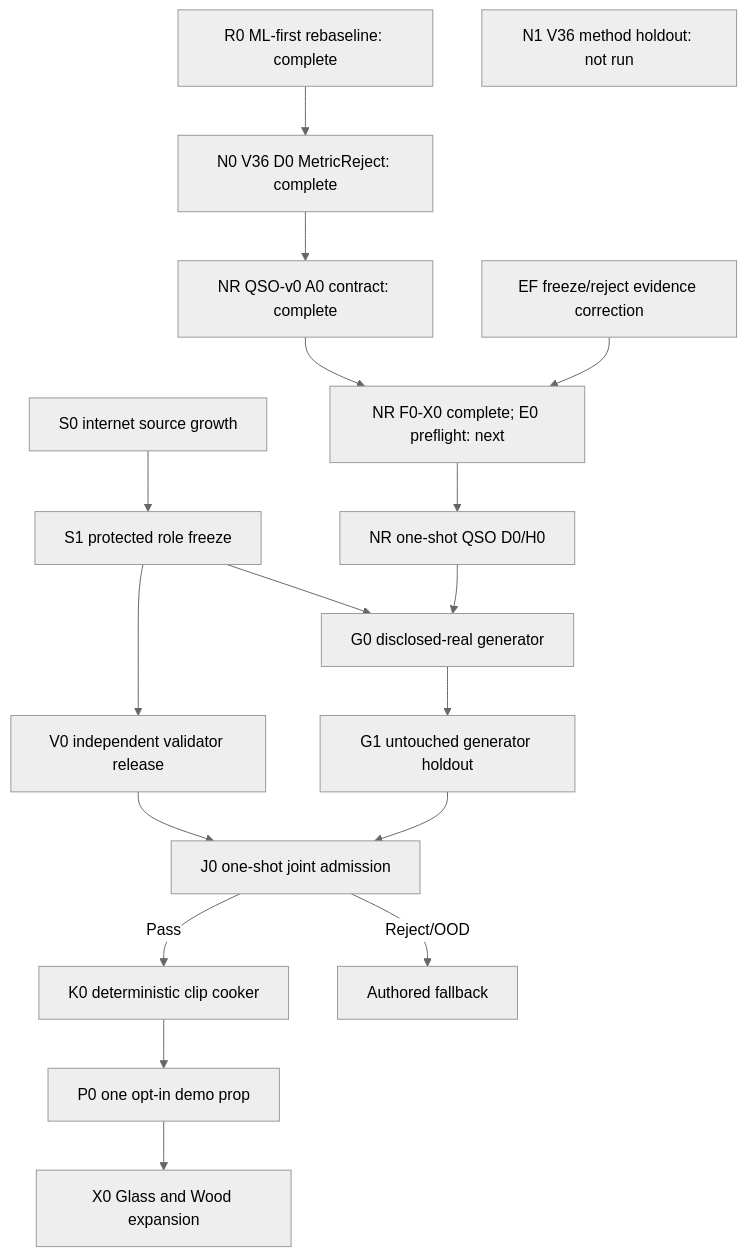
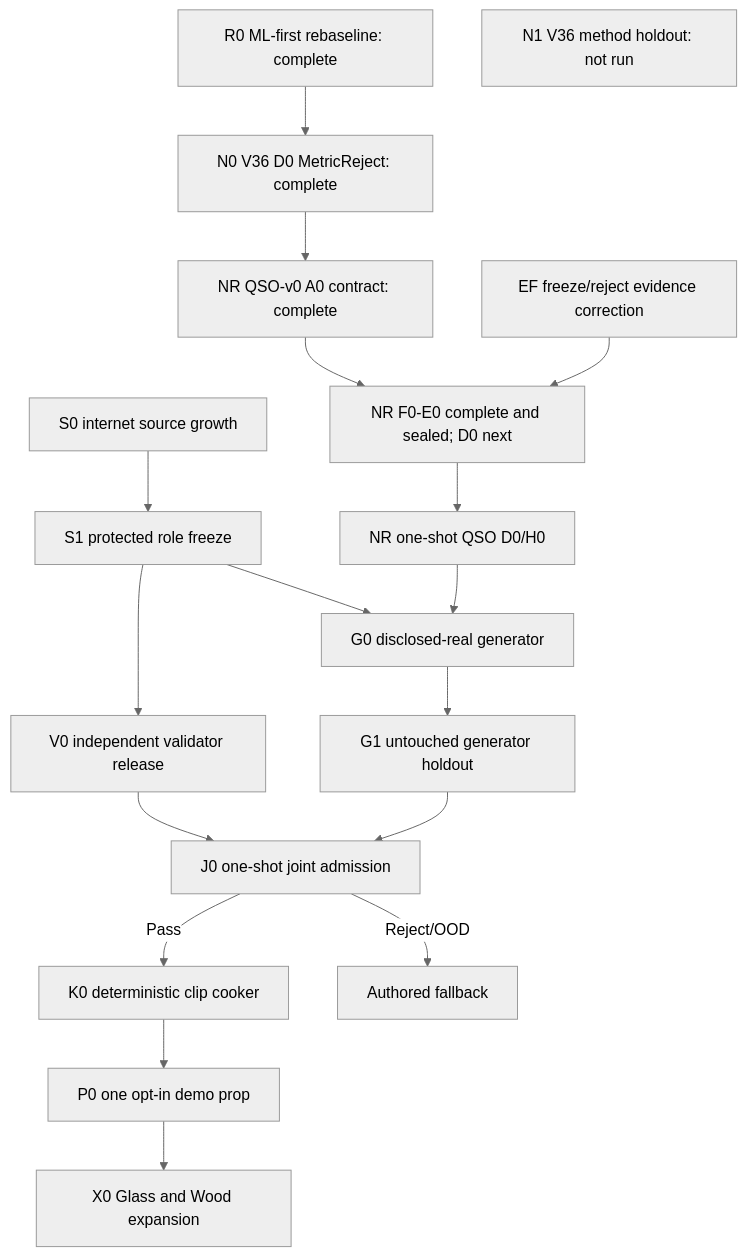
One commit to kaifaty/NextEngine changed the diagram in docs/plans/physical-sound-synthesis-roadmap-v37.md. Above: the diagram before and after it, drawn with Mermaid (neutral theme). The commit also changed other lines of this file and 3 other files, not shown here.

````diff
--- a/docs/plans/physical-sound-synthesis-roadmap-v37.md
+++ b/docs/plans/physical-sound-synthesis-roadmap-v37.md
@@ -100,21 +100,21 @@
 ```mermaid
 flowchart TD
     R0["R0 ML-first rebaseline: complete"] --> N0["N0 V36 D0 MetricReject: complete"]
     N0 --> NRA["NR QSO-v0 A0 contract: complete"]
-    NRA --> NRF["NR F0-X0 complete; E0 preflight: next"]
+    NRA --> NRF["NR F0-E0 complete and sealed; D0 next"]
     NRF --> NRD["NR one-shot QSO D0/H0"]
     N1["N1 V36 method holdout: not run"]
     EF["EF freeze/reject evidence correction"] --> NRF
 
     S0["S0 internet source growth"] --> S1["S1 protected role freeze"]
     S1 --> V0["V0 independent validator release"]
     S1 --> G0
     NRD --> G0["G0 disclosed-real generator"]
     G0 --> G1["G1 untouched generator holdout"]
     V0 --> J0["J0 one-shot joint admission"]
     G1 --> J0
     J0 -->|"Pass"| K0["K0 deterministic clip cooker"]
     J0 -->|"Reject/OOD"| FB["Authored fallback"]
     K0 --> P0["P0 one opt-in demo prop"]
     P0 --> X0["X0 Glass and Wood expansion"]
 ```
````
